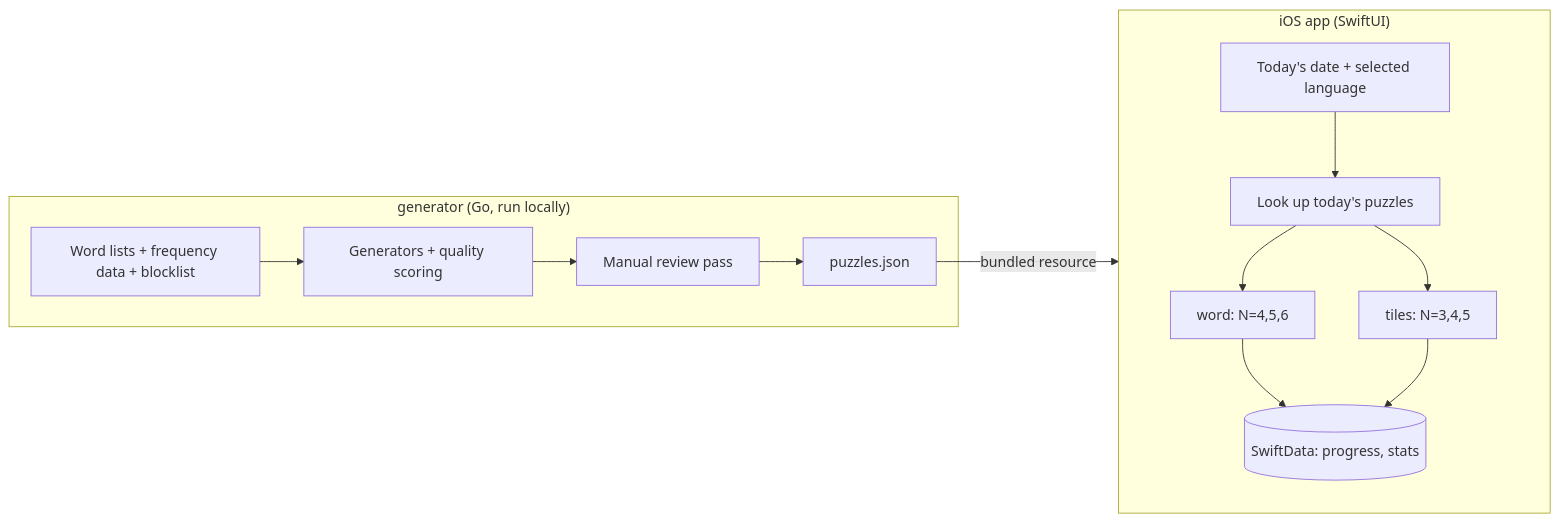
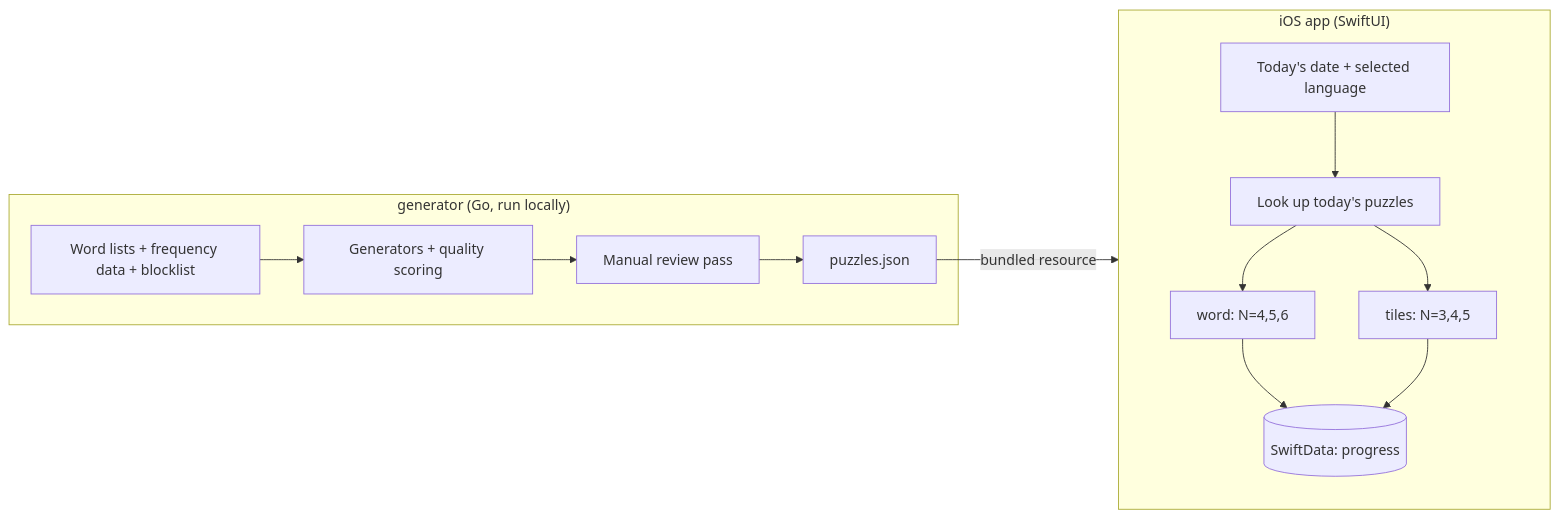
The diagram in docs/design.md (primandproper/ngrams), drawn with Mermaid before and after one commit. The commit also changed other lines of this file and 14 other files, not shown here.

````diff
--- a/docs/design.md
+++ b/docs/design.md
@@ -174,15 +181,15 @@
 ```mermaid
 flowchart LR
   subgraph Offline["generator (Go, run locally)"]
     W[Word lists + frequency data + blocklist] --> G[Generators + quality scoring]
     G --> R[Manual review pass]
     R --> B[puzzles.json]
   end
   B -->|bundled resource| A
   subgraph A["iOS app (SwiftUI)"]
     D[Today's date + selected language] --> P[Look up today's puzzles]
     P --> WG[word: N=4,5,6]
     P --> TG[tiles: N=3,4,5]
-    WG & TG --> S[(SwiftData: progress, stats)]
+    WG & TG --> S[(SwiftData: progress)]
   end
 ```
````
